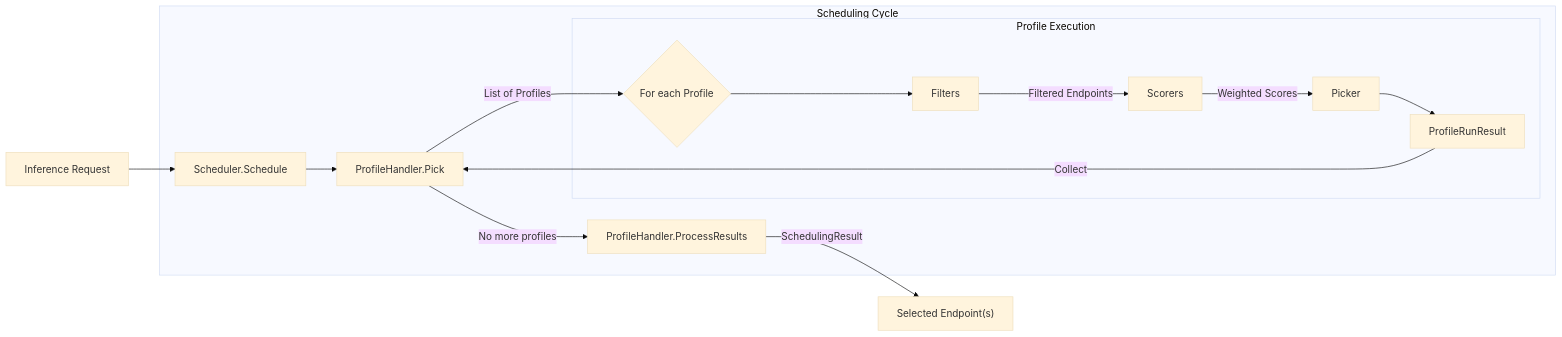
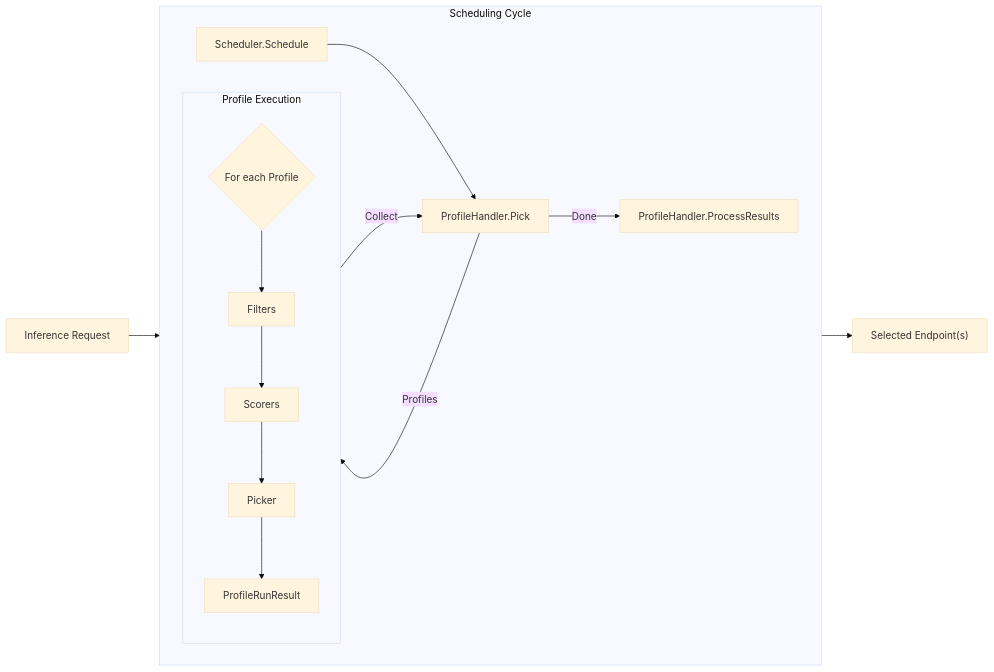
Before and after one commit to ahg-g/llm-d: the first of 2 diagrams in docs/wip-docs-new/architecture/core/epp/scheduling.md, drawn with Mermaid (base theme).

Commit message:
update the diagram

````diff
--- a/docs/wip-docs-new/architecture/core/epp/scheduling.md
+++ b/docs/wip-docs-new/architecture/core/epp/scheduling.md
@@ -9,21 +9,23 @@
 ```mermaid
 flowchart LR
     Req[Inference Request] --> S[Scheduler.Schedule]
     
-    subgraph Scheduling Cycle
+    subgraph Cycle [Scheduling Cycle]
+        direction LR
         S --> Pick[ProfileHandler.Pick]
-        Pick -->|List of Profiles| Loop{For each Profile}
+        Pick -->|Profiles| Loop{For each Profile}
         
-        subgraph Profile Execution
+        subgraph Exec [Profile Execution]
+            direction TB
             Loop --> Filters[Filters]
-            Filters -->|Filtered Endpoints| Scorers[Scorers]
-            Scorers -->|Weighted Scores| Picker[Picker]
+            Filters --> Scorers[Scorers]
+            Scorers --> Picker[Picker]
             Picker --> Result[ProfileRunResult]
         end
         
         Result -->|Collect| Pick
-        Pick -->|No more profiles| PRs[ProfileHandler.ProcessResults]
+        Pick -->|Done| PRs[ProfileHandler.ProcessResults]
     end
     
-    PRs -->|SchedulingResult| Target["Selected Endpoint(s)"]
+    PRs --> Target["Selected Endpoint(s)"]
 ```
````
